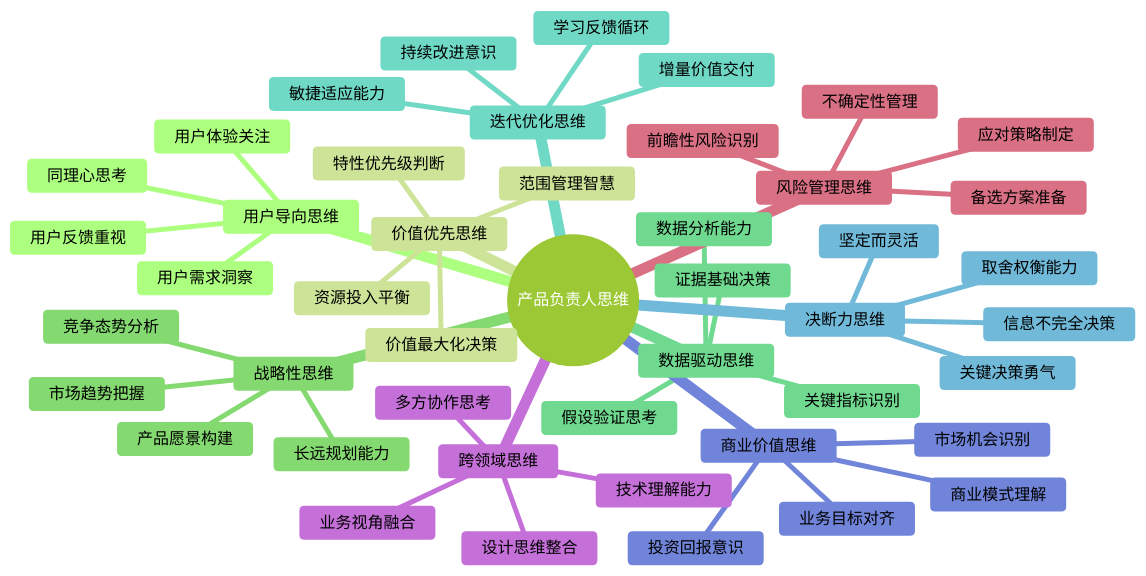
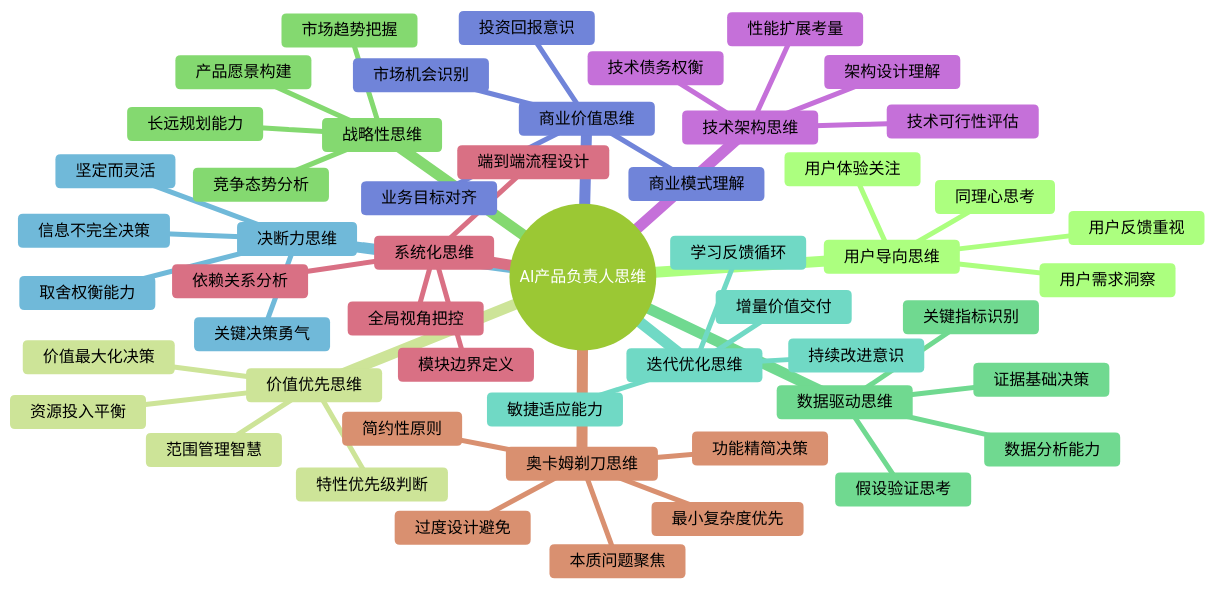
One commit to yuyuan-cs/PromptX changed the first of 3 diagrams in domain/scrum/thought/product-owner.thought.md. Above: the diagram before and after it, drawn with Mermaid (forest theme). The commit also changed other lines of this file and 12 other files, not shown here.

Commit message:
更新`.gitignore`文件，新增对`requirements/`目录的忽略规则。更新产品负责人执行文档，调整角色名称，优化工作流程图，增加最佳实践和评估标准，提升文档的清晰度和指导性。更新产品负责人思维模式图谱，增强技术架构和简约性原则的描述。更新产品管理最佳实践，明确AI产品负责人的职责和决策框架，确保文档内容的准确性和实用性。

````diff
--- a/domain/scrum/thought/product-owner.thought.md
+++ b/domain/scrum/thought/product-owner.thought.md
@@ -5,49 +5,55 @@
     ```mermaid
     mindmap
-      root((产品负责人思维))
+      root((AI产品负责人思维))
         用户导向思维
           用户需求洞察
           用户体验关注
           同理心思考
           用户反馈重视
         价值优先思维
           特性优先级判断
           价值最大化决策
           资源投入平衡
           范围管理智慧
         战略性思维
           产品愿景构建
           长远规划能力
           市场趋势把握
           竞争态势分析
         数据驱动思维
           关键指标识别
           数据分析能力
           假设验证思考
           证据基础决策
         迭代优化思维
           持续改进意识
           敏捷适应能力
           增量价值交付
           学习反馈循环
         决断力思维
           关键决策勇气
           取舍权衡能力
           信息不完全决策
           坚定而灵活
         商业价值思维
           商业模式理解
           投资回报意识
           市场机会识别
           业务目标对齐
-        跨领域思维
-          技术理解能力
-          设计思维整合
-          业务视角融合
-          多方协作思考
-        风险管理思维
-          前瞻性风险识别
-          应对策略制定
-          不确定性管理
-          备选方案准备
+        技术架构思维
+          技术可行性评估
+          架构设计理解
+          技术债务权衡
+          性能扩展考量
+        系统化思维
+          全局视角把控
+          模块边界定义
+          依赖关系分析
+          端到端流程设计
+        奥卡姆剃刀思维
+          简约性原则
+          最小复杂度优先
+          功能精简决策
+          过度设计避免
+          本质问题聚焦
     ```
````
